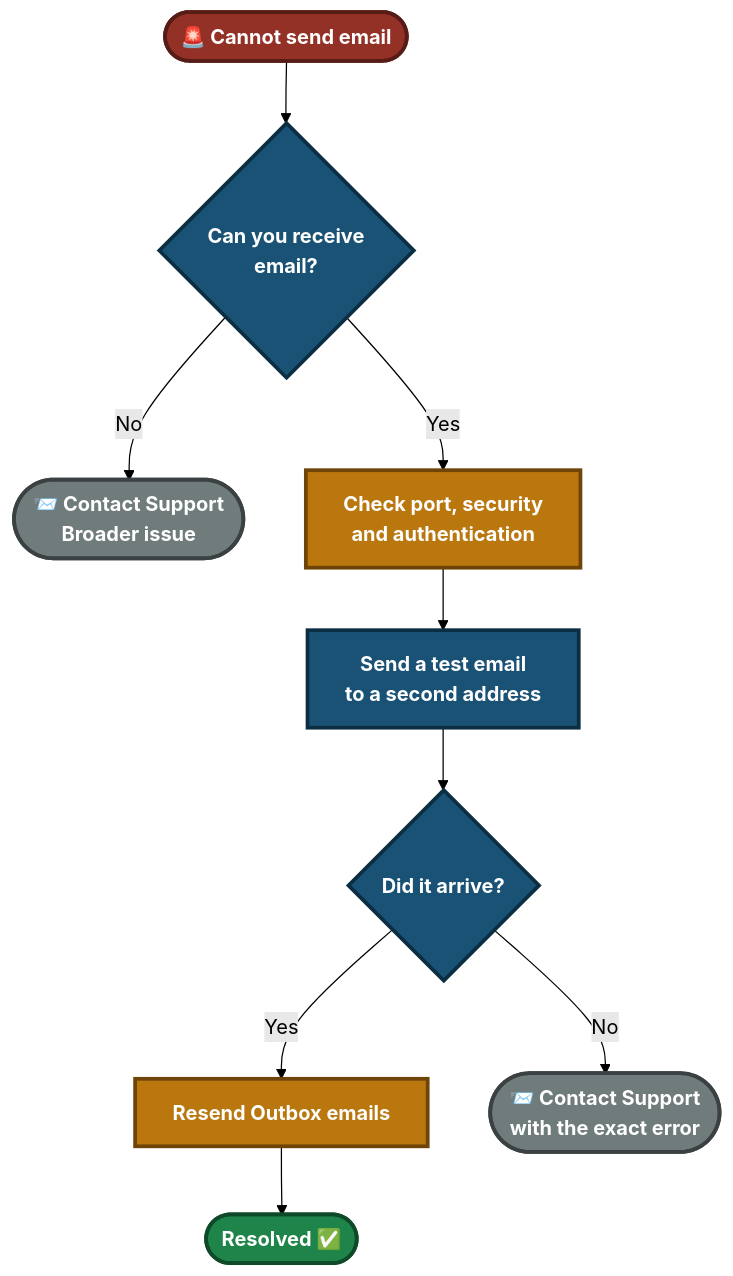
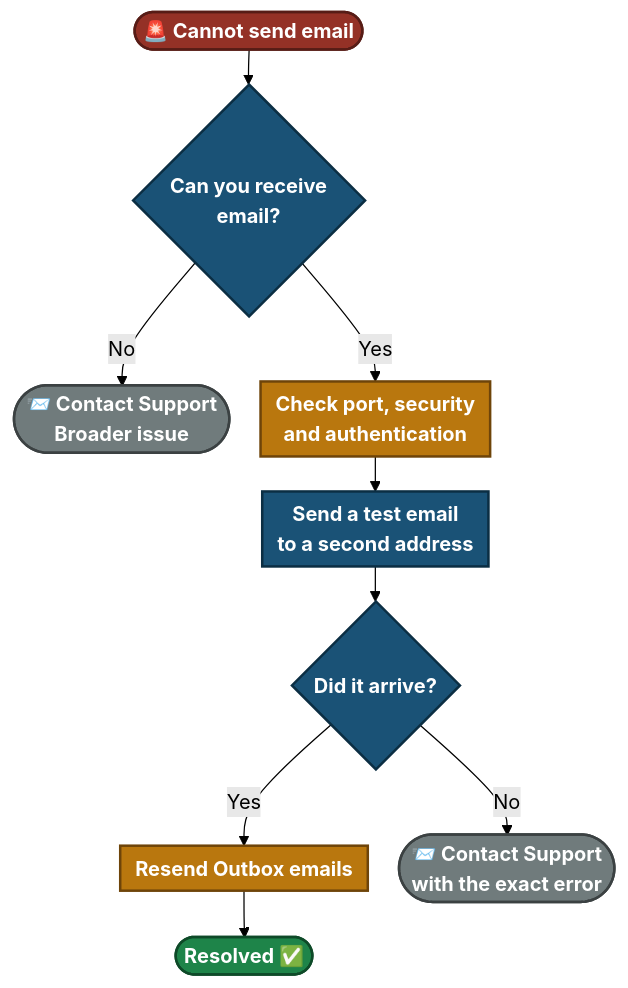
One commit to malaika-azhar/Customer-Tech-Support-Portfolio changed the second of 3 diagrams in 04-Solution-guides/04.2-Email-Guide.md. Above: the diagram before and after it, drawn with Mermaid (forest theme). The commit also changed other lines of this file, not shown here.

````diff
--- a/04-Solution-guides/04.2-Email-Guide.md
+++ b/04-Solution-guides/04.2-Email-Guide.md
@@ -179,17 +178,18 @@
 ```mermaid
+%%{init: {'flowchart': {'nodeSpacing': 25, 'rankSpacing': 28, 'padding': 6}}}%%
 flowchart TD
     A(["🚨 Cannot send email"]):::start --> B{"Can you receive<br/>email?"}:::step
     B -->|No| C(["📨 Contact Support<br/>Broader issue"]):::esc
     B -->|Yes| D["Check port, security<br/>and authentication"]:::fix
     D --> E["Send a test email<br/>to a second address"]:::step
     E --> F{"Did it arrive?"}:::step
     F -->|Yes| G["Resend Outbox emails"]:::fix
     G --> End(["Resolved ✅"]):::ok
     F -->|No| H(["📨 Contact Support<br/>with the exact error"]):::esc
 
-    classDef start fill:#943126,stroke:#571C16,stroke-width:3px,color:#FFFFFF,font-weight:bold
-    classDef step fill:#1A5276,stroke:#0B2E43,stroke-width:3px,color:#FFFFFF,font-weight:bold
-    classDef fix fill:#B9770E,stroke:#6E4409,stroke-width:3px,color:#FFFFFF,font-weight:bold
-    classDef ok fill:#1E8449,stroke:#0E4A28,stroke-width:3px,color:#FFFFFF,font-weight:bold
-    classDef esc fill:#707B7C,stroke:#3B4142,stroke-width:3px,color:#FFFFFF,font-weight:bold
+    classDef start fill:#943126,stroke:#571C16,stroke-width:2px,color:#FFFFFF,font-weight:bold
+    classDef step fill:#1A5276,stroke:#0B2E43,stroke-width:2px,color:#FFFFFF,font-weight:bold
+    classDef fix fill:#B9770E,stroke:#6E4409,stroke-width:2px,color:#FFFFFF,font-weight:bold
+    classDef ok fill:#1E8449,stroke:#0E4A28,stroke-width:2px,color:#FFFFFF,font-weight:bold
+    classDef esc fill:#707B7C,stroke:#3B4142,stroke-width:2px,color:#FFFFFF,font-weight:bold
 ```
````
